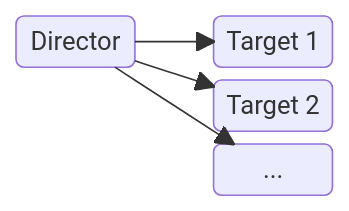
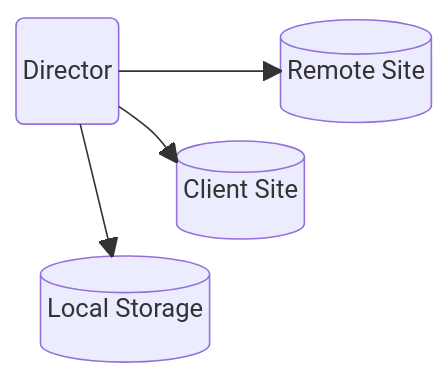
One commit to VirtualMetric/virtualmetric-docs changed the third of 4 diagrams in docs/administration/targets/index.mdx. Above: the diagram before and after it, drawn with Mermaid. The commit also changed other lines of this file and 4 other files, not shown here.

````diff
--- a/docs/administration/targets/index.mdx
+++ b/docs/administration/targets/index.mdx
@@ -89,18 +76,16 @@
   ```mermaid
   block-beta
     columns 5
-    A("Director"):2
+    A("Director"):1
     space
-    B("Target 1"):2
+    B[("Remote Site")]:2
     space
     space
-    space
-    C("Target 2"):2
+    C[("Client Site")]:2
     space
     space
-    space
-    D("..."):2
+    D[("Local Storage")]:2
     A --> B
     A --> C
     A --> D
   ```
````
